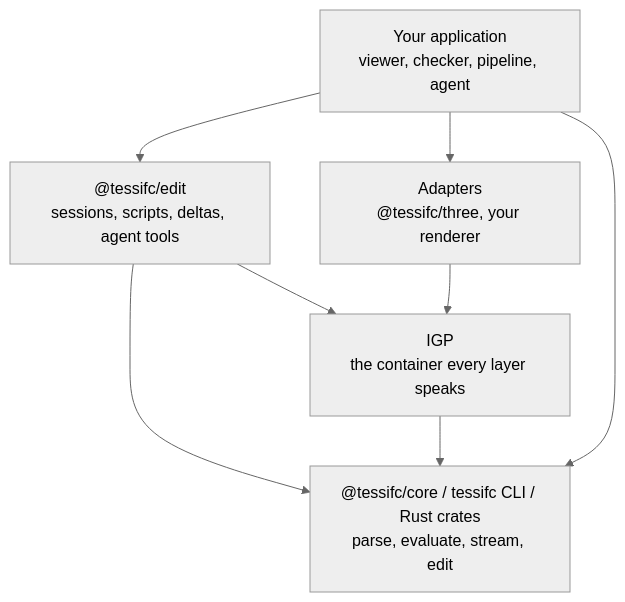
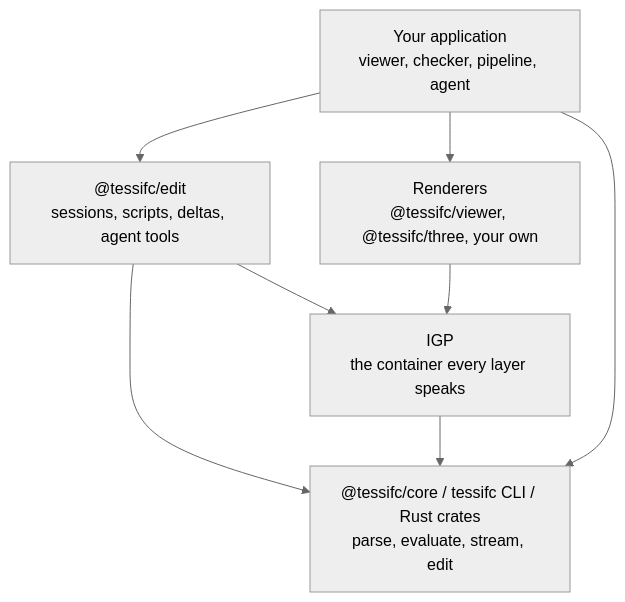
One commit to nbharathik/tessifc changed the diagram in docs/sdk.md. Above: the diagram before and after it, drawn with Mermaid (neutral theme). The commit also changed other lines of this file and 51 other files, not shown here.

````diff
--- a/docs/sdk.md
+++ b/docs/sdk.md
@@ -25,12 +26,12 @@
 ```mermaid
 flowchart TB
     app["Your application<br/>viewer, checker, pipeline, agent"]
     edit["@tessifc/edit<br/>sessions, scripts, deltas, agent tools"]
-    adapters["Adapters<br/>@tessifc/three, your renderer"]
+    adapters["Renderers<br/>@tessifc/viewer, @tessifc/three, your own"]
     igp["IGP<br/>the container every layer speaks"]
     core["@tessifc/core / tessifc CLI / Rust crates<br/>parse, evaluate, stream, edit"]
     app --> edit --> core
     app --> adapters --> igp --> core
     edit --> igp
     app --> core
 ```
````
